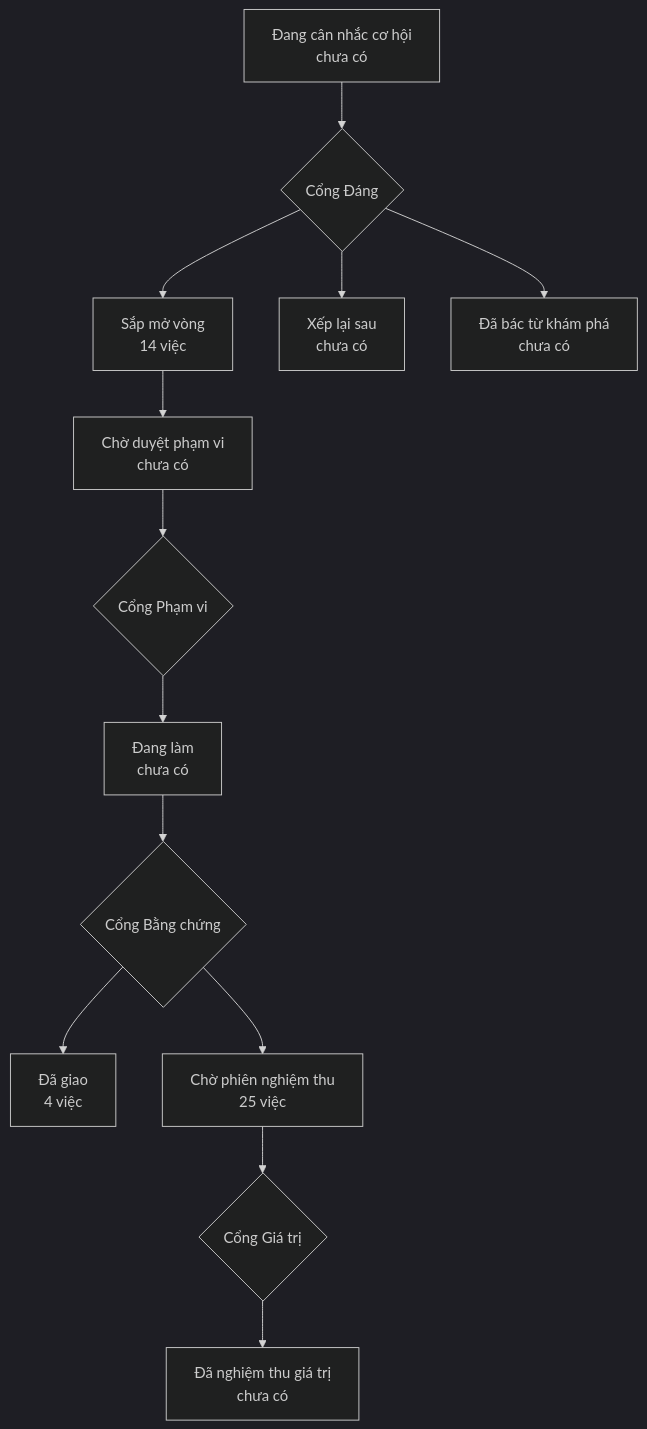
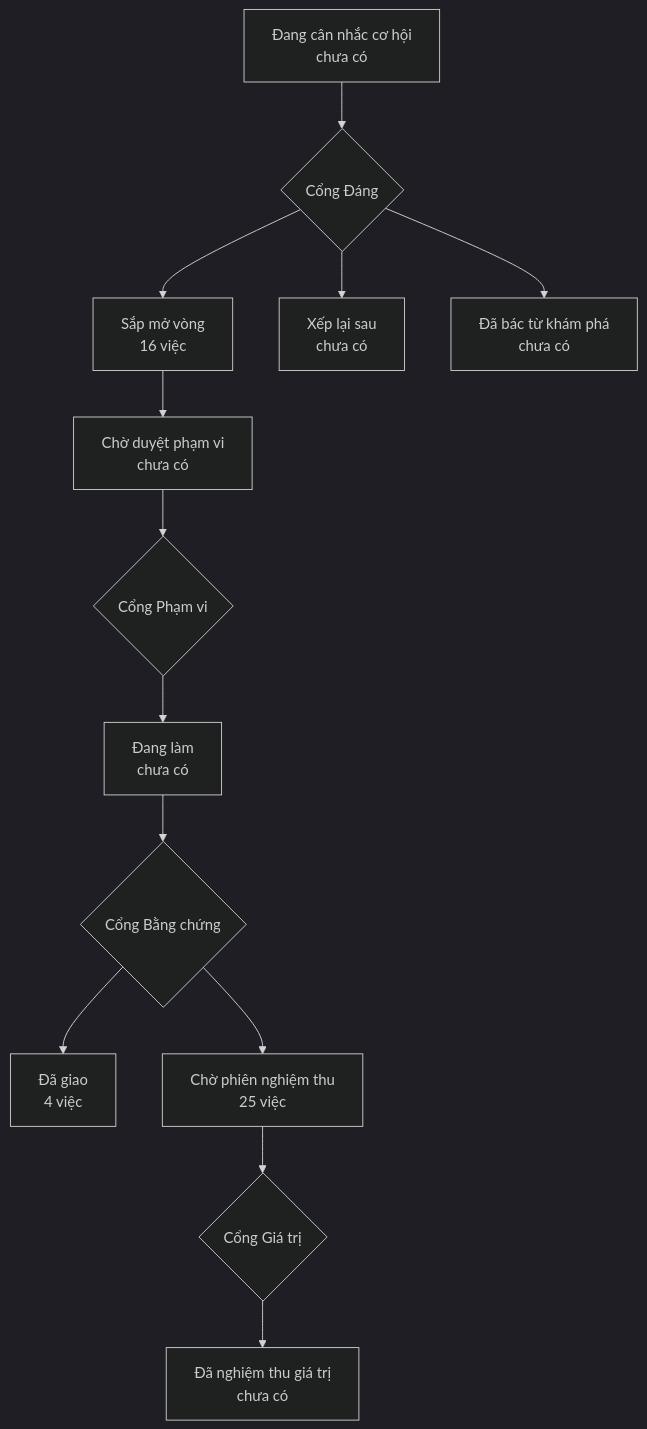
One commit to phanlemanh/onehub-quy-hang changed the diagram in PRODUCT-MAP.md. Above: the diagram before and after it, drawn with Mermaid (dark theme). The commit also changed other lines of this file and 1 other file, not shown here.

Commit message:
chore: vẽ lại bản đồ sản phẩm và lộ trình sau gộp main

````diff
--- a/PRODUCT-MAP.md
+++ b/PRODUCT-MAP.md
@@ -7,12 +7,12 @@
 ```mermaid
 flowchart TD
   A["Đang cân nhắc cơ hội<br/>chưa có"] --> GD{"Cổng Đáng"}
-  GD --> B["Sắp mở vòng<br/>14 việc"]
+  GD --> B["Sắp mở vòng<br/>16 việc"]
   GD --> XL["Xếp lại sau<br/>chưa có"]
   GD --> DB["Đã bác từ khám phá<br/>chưa có"]
   B --> CD["Chờ duyệt phạm vi<br/>chưa có"] --> GP{"Cổng Phạm vi"}
   GP --> DL["Đang làm<br/>chưa có"] --> GB{"Cổng Bằng chứng"}
   GB --> DG["Đã giao<br/>4 việc"]
   GB --> CN["Chờ phiên nghiệm thu<br/>25 việc"] --> GG{"Cổng Giá trị"}
   GG --> NT["Đã nghiệm thu giá trị<br/>chưa có"]
 ```
````
